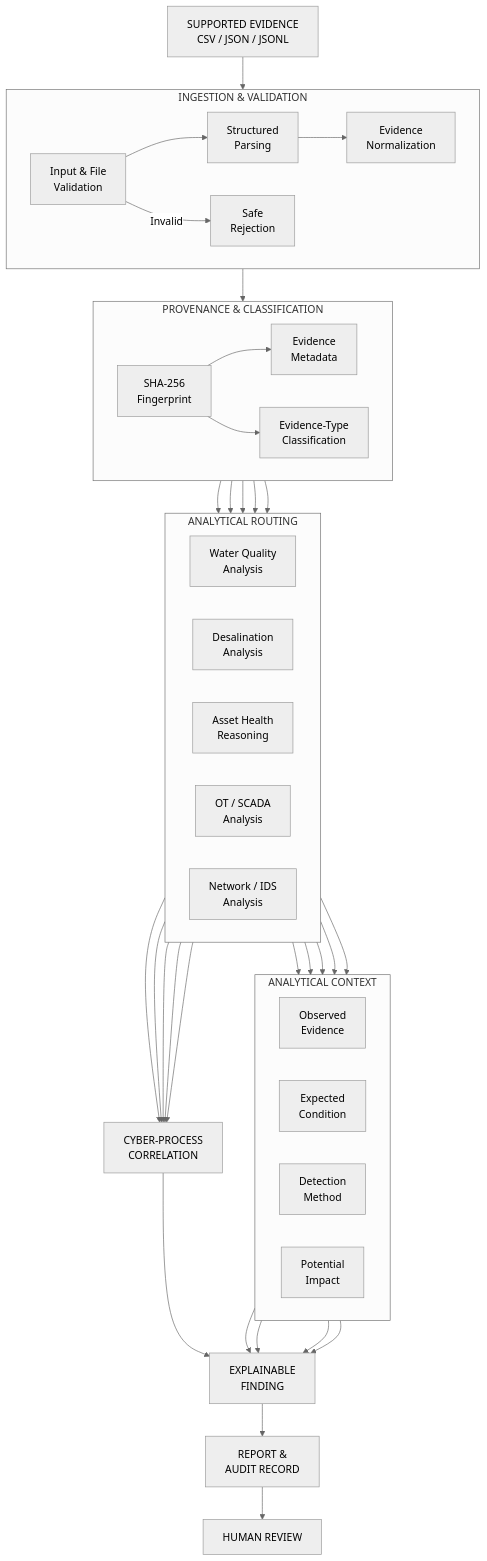
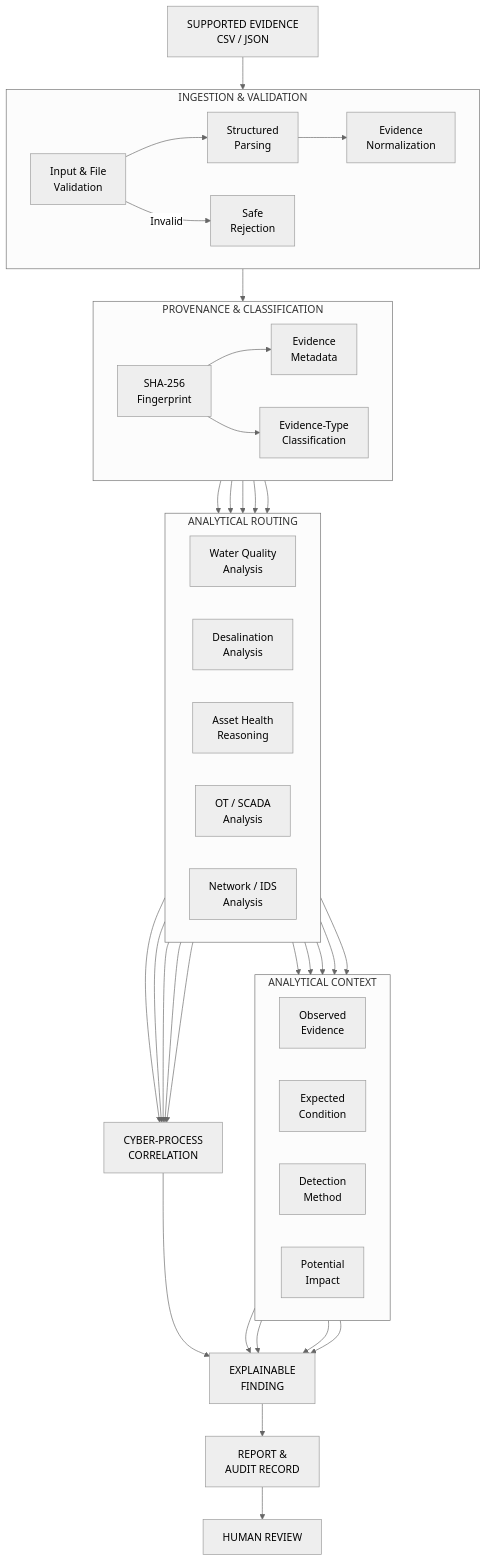
Before and after one commit to HaziqBinAfzal/AquaVigil: the second of 8 diagrams in README.md, drawn with Mermaid (neutral theme). The commit also changed other lines of this file, not shown here.

````diff
--- a/README.md
+++ b/README.md
@@ -187,7 +187,7 @@
 ```mermaid
 flowchart TB
 
-    SOURCE["SUPPORTED EVIDENCE<br/>CSV / JSON / JSONL"]
+    SOURCE["SUPPORTED EVIDENCE<br/>CSV / JSON"]
 
     subgraph INTAKE["INGESTION & VALIDATION"]
         direction LR
````
